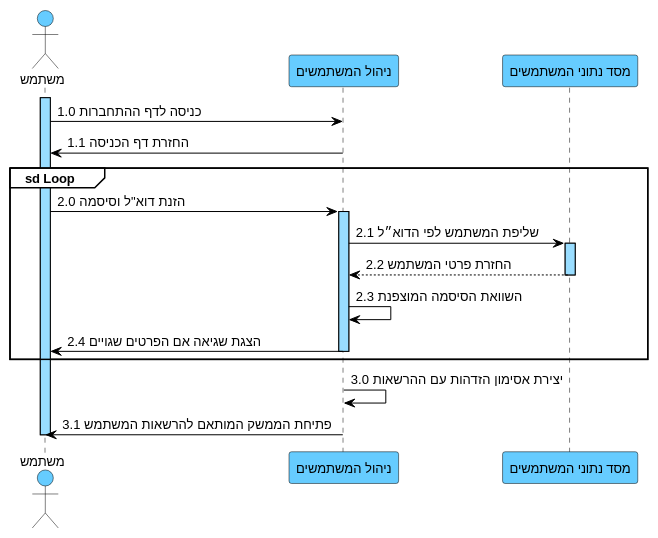
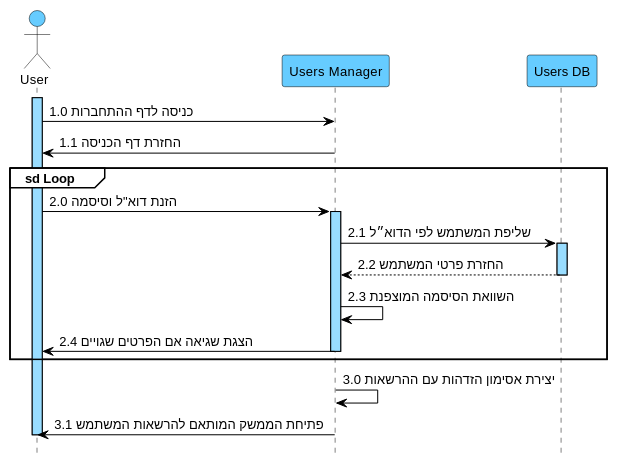
Before and after one commit to arielkaplan20/GOLDEN_HAIR_SALOAN: the diagram in docs/diagrams/puml/02-seq-suc02-התחברות.puml, drawn with PlantUML. The commit also changed 26 other files, not shown here.

```diff
--- a/docs/diagrams/puml/02-seq-suc02-התחברות.puml
+++ b/docs/diagrams/puml/02-seq-suc02-התחברות.puml
@@ -1,44 +1,45 @@
 @startuml
+hide footbox
 skinparam backgroundColor white
 skinparam defaultFontName Arial
 skinparam defaultFontSize 13
 skinparam sequence {
 ArrowColor black
 ArrowFontColor black
 ActorBorderColor black
 ActorBackgroundColor #66CCFF
 LifeLineBorderColor black
 LifeLineBackgroundColor #99DDFF
 ParticipantBorderColor black
 ParticipantBackgroundColor #66CCFF
 ParticipantFontColor black
 ParticipantFontSize 13
 GroupBorderColor black
 GroupBackgroundColor white
 GroupHeaderFontColor black
 }
 
-actor "משתמש" as U
-participant "ניהול המשתמשים" as UM
-participant "מסד נתוני המשתמשים" as DB
+actor "User" as U
+participant "Users Manager" as UM
+participant "Users DB" as DB
 
 activate U
 U -> UM : 1.0 כניסה לדף ההתחברות
 UM -> U : 1.1 החזרת דף הכניסה
 
 group sd Loop
 U -> UM : 2.0 הזנת דוא"ל וסיסמה
 activate UM
 UM -> DB : 2.1 שליפת המשתמש לפי הדוא״ל
 activate DB
 DB --> UM : 2.2 החזרת פרטי המשתמש
 deactivate DB
 UM -> UM : 2.3 השוואת הסיסמה המוצפנת
 UM -> U : 2.4 הצגת שגיאה אם הפרטים שגויים
 deactivate UM
 end
 
 UM -> UM : 3.0 יצירת אסימון הזדהות עם ההרשאות
 UM -> U : 3.1 פתיחת הממשק המותאם להרשאות המשתמש
 deactivate U
 @enduml
```
